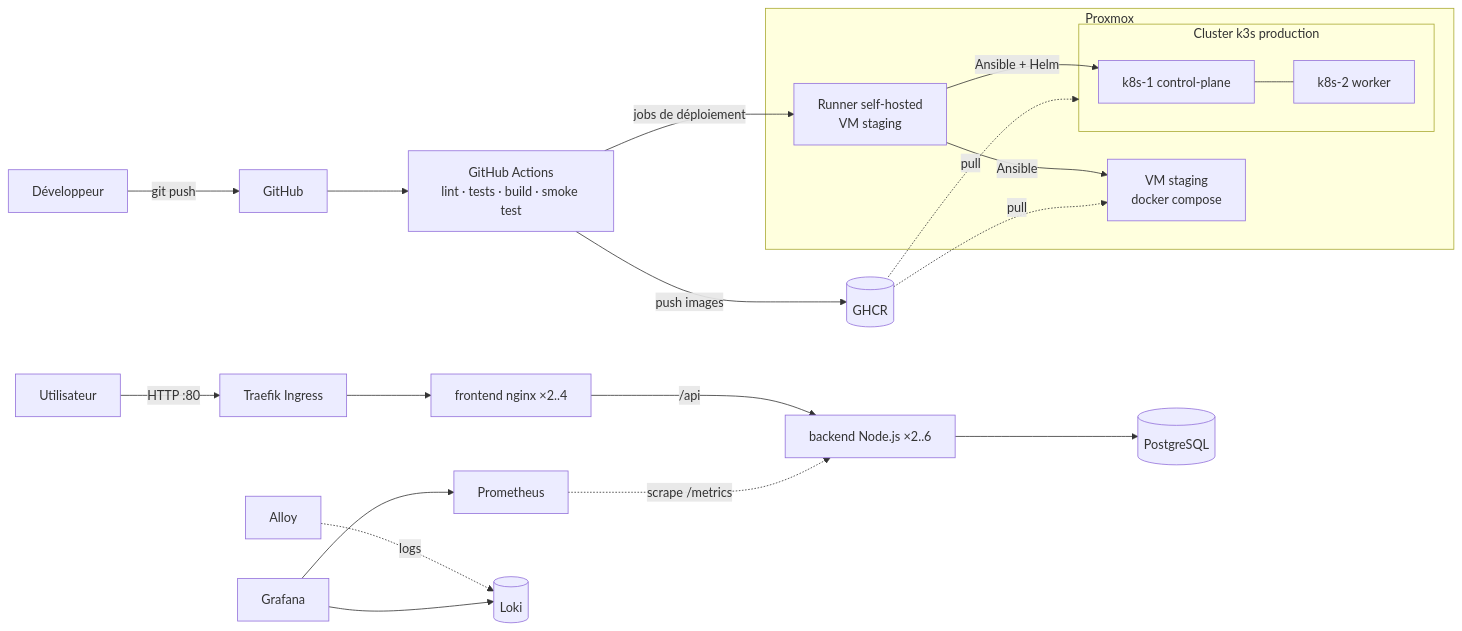
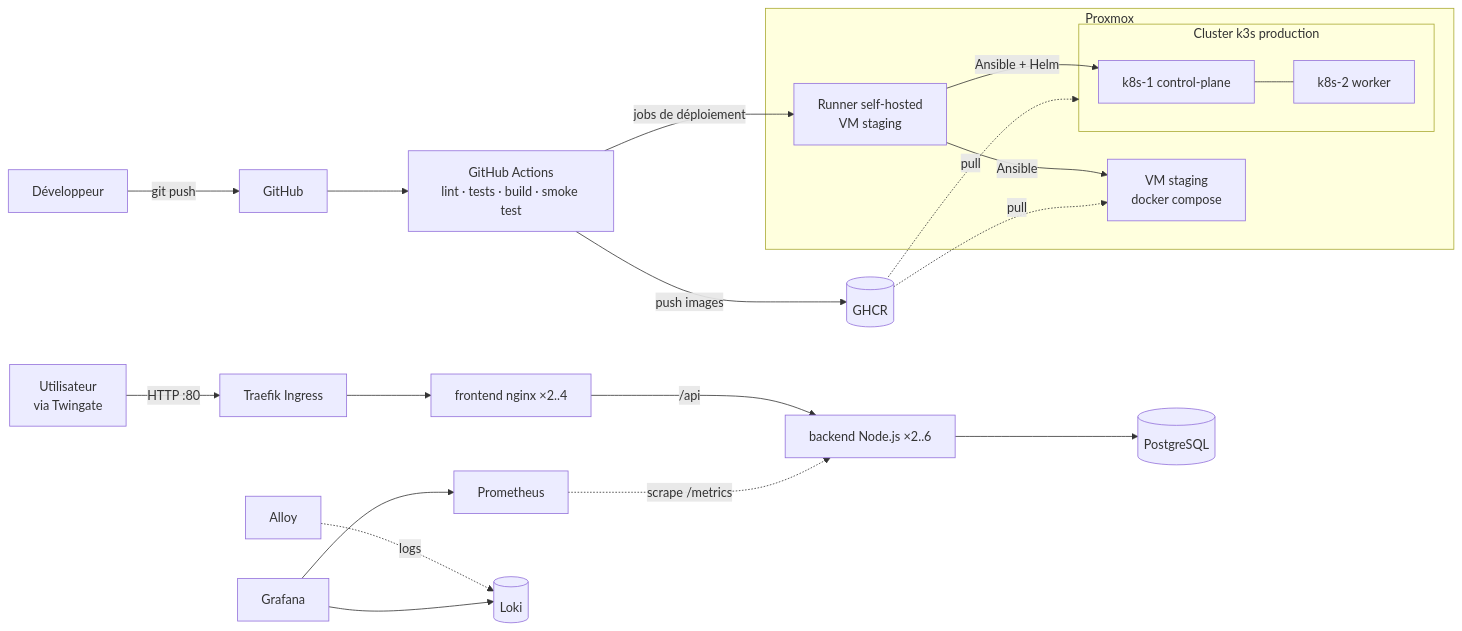
Before and after one commit to ESGI-M1-DEVOPS/taskflow: the first of 2 diagrams in README.md, drawn with Mermaid. The commit also changed other lines of this file and 5 other files, not shown here.

````diff
--- a/README.md
+++ b/README.md
@@ -25,23 +27,23 @@
 ```mermaid
 flowchart LR
   dev[Développeur] -->|git push| gh[GitHub]
   gh --> ci[GitHub Actions<br/>lint · tests · build · smoke test]
   ci -->|push images| ghcr[(GHCR)]
   ci -->|jobs de déploiement| runner[Runner self-hosted<br/>VM staging]
 
   subgraph proxmox[Proxmox]
     runner -->|Ansible| staging[VM staging<br/>docker compose]
     runner -->|Ansible + Helm| k1
     subgraph prod[Cluster k3s production]
       k1[k8s-1 control-plane] --- k2[k8s-2 worker]
     end
   end
 
   ghcr -.pull.-> staging
   ghcr -.pull.-> prod
-  user[Utilisateur] -->|HTTP :80| ingress[Traefik Ingress]
+  user[Utilisateur<br/>via Twingate] -->|HTTP :80| ingress[Traefik Ingress]
   ingress --> front[frontend nginx ×2..4] -->|/api| back[backend Node.js ×2..6] --> db[(PostgreSQL)]
   prom[Prometheus] -.scrape /metrics.-> back
   alloy[Alloy] -.logs.-> loki[(Loki)]
   graf[Grafana] --> prom & loki
 ```
````
